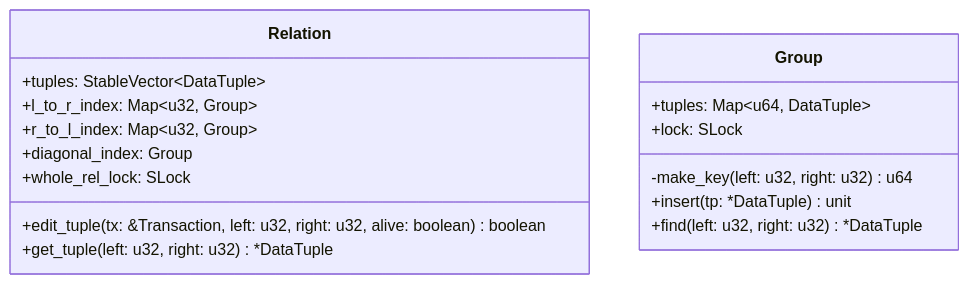
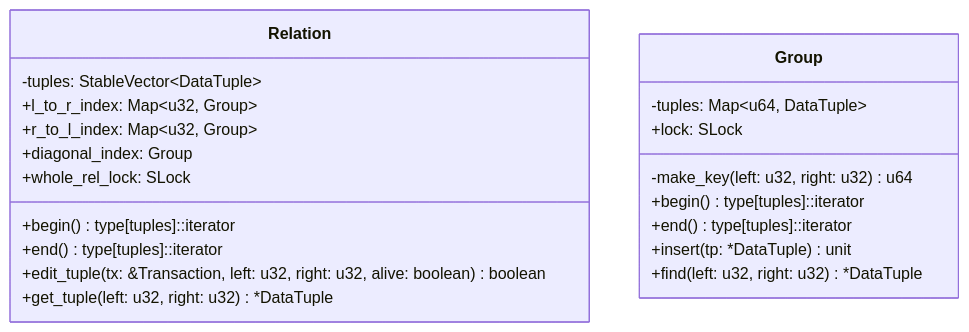
The diagram in docs/img/group_relation.mermaid (BrandonTang89/databases_project), drawn with Mermaid before and after one commit. The commit also changed 17 other files, not shown here.

```diff
--- a/docs/img/group_relation.mermaid
+++ b/docs/img/group_relation.mermaid
@@ -1,20 +1,24 @@
 classDiagram
 
     class Relation{
-      +tuples: StableVector~DataTuple~
+      -tuples: StableVector~DataTuple~
       +l_to_r_index: Map~u32, Group~
       +r_to_l_index: Map~u32, Group~
       +diagonal_index: Group
       +whole_rel_lock: SLock
 
+      +begin() type[tuples]::iterator
+      +end() type[tuples]::iterator
       +edit_tuple(tx: &Transaction, left: u32, right: u32, alive: boolean) boolean
       +get_tuple(left: u32, right: u32) *DataTuple
     }
     class Group{
-      +tuples: Map~u64, DataTuple~
+      -tuples: Map~u64, DataTuple~
       +lock: SLock
 
       -make_key(left: u32, right: u32) u64
+      +begin() type[tuples]::iterator
+      +end() type[tuples]::iterator
       +insert(tp: *DataTuple) unit
       +find(left: u32, right: u32) *DataTuple
     }
```
